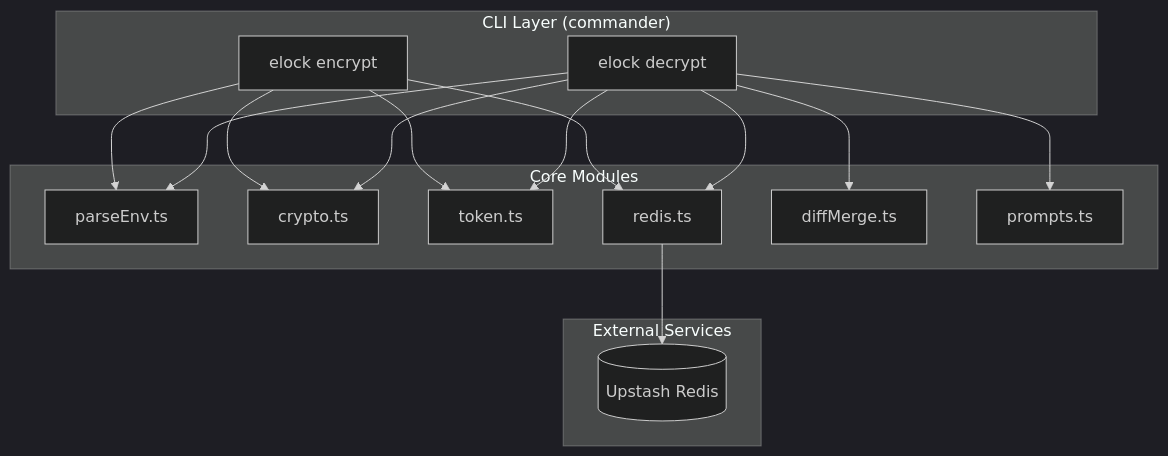
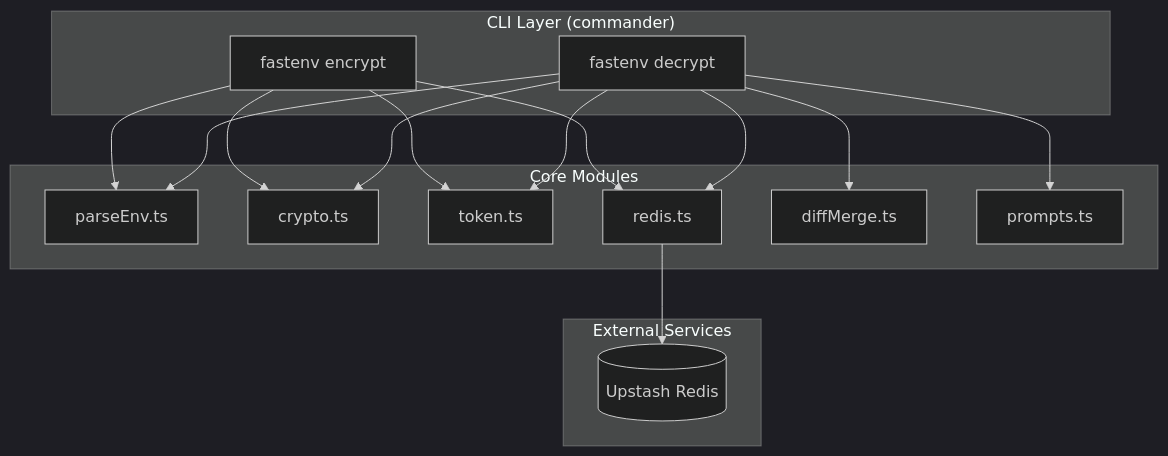
One commit to matrix6c/fastenv changed the first of 3 diagrams in .kiro/specs/elock-cli/design.md. Above: the diagram before and after it, drawn with Mermaid (dark theme). The commit also changed other lines of this file and 4 other files, not shown here.

First line of the commit message:
docs(elock-cli): Rename project from elock to fastenv

````diff
--- a/.kiro/specs/elock-cli/design.md
+++ b/.kiro/specs/elock-cli/design.md
@@ -28,34 +28,34 @@
 ```mermaid
 flowchart TB
     subgraph CLI["CLI Layer (commander)"]
-        E[elock encrypt]
-        D[elock decrypt]
+        E[fastenv encrypt]
+        D[fastenv decrypt]
     end
 
     subgraph Core["Core Modules"]
         P[parseEnv.ts]
         C[crypto.ts]
         T[token.ts]
         R[redis.ts]
         DM[diffMerge.ts]
         PR[prompts.ts]
     end
 
     subgraph External["External Services"]
         Redis[(Upstash Redis)]
     end
 
     E --> P
     E --> C
     E --> T
     E --> R
 
     D --> T
     D --> R
     D --> C
     D --> P
     D --> DM
     D --> PR
 
     R --> Redis
 ```
````
